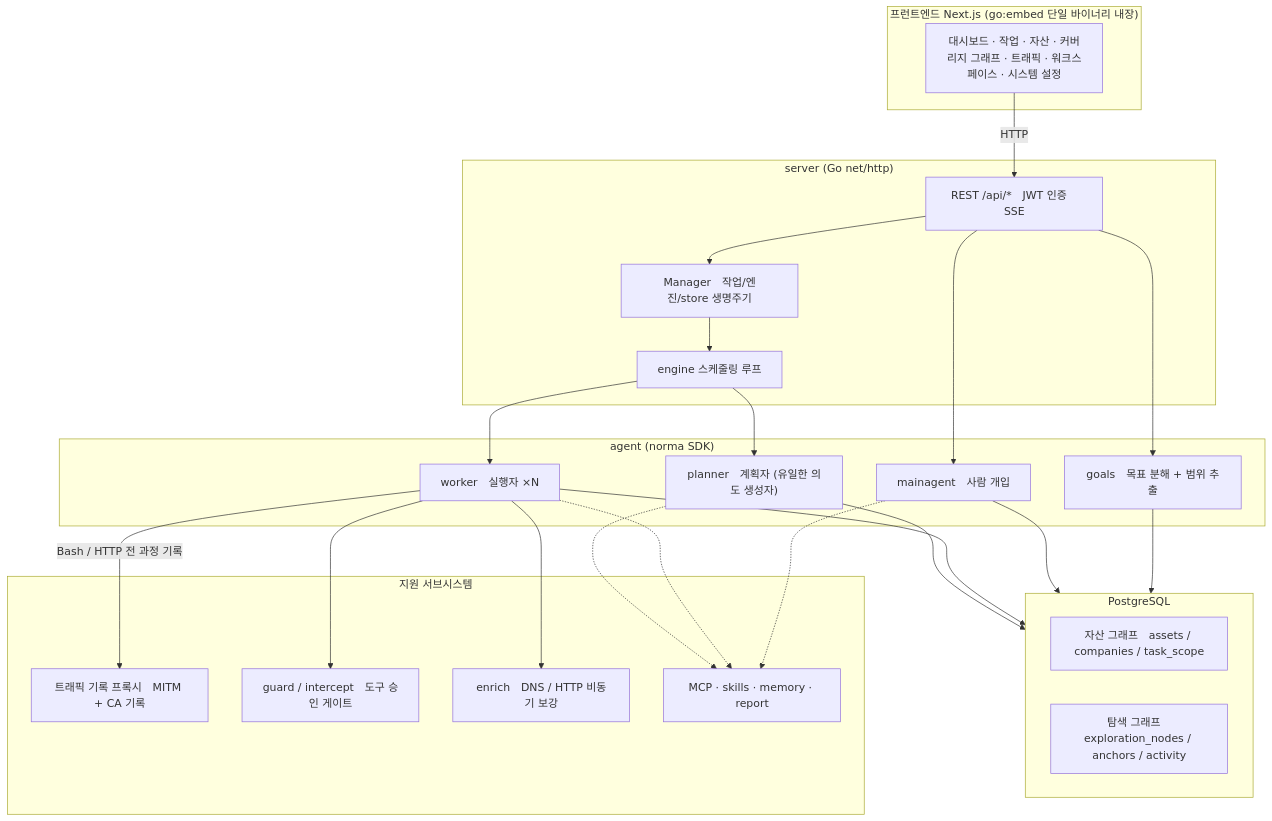
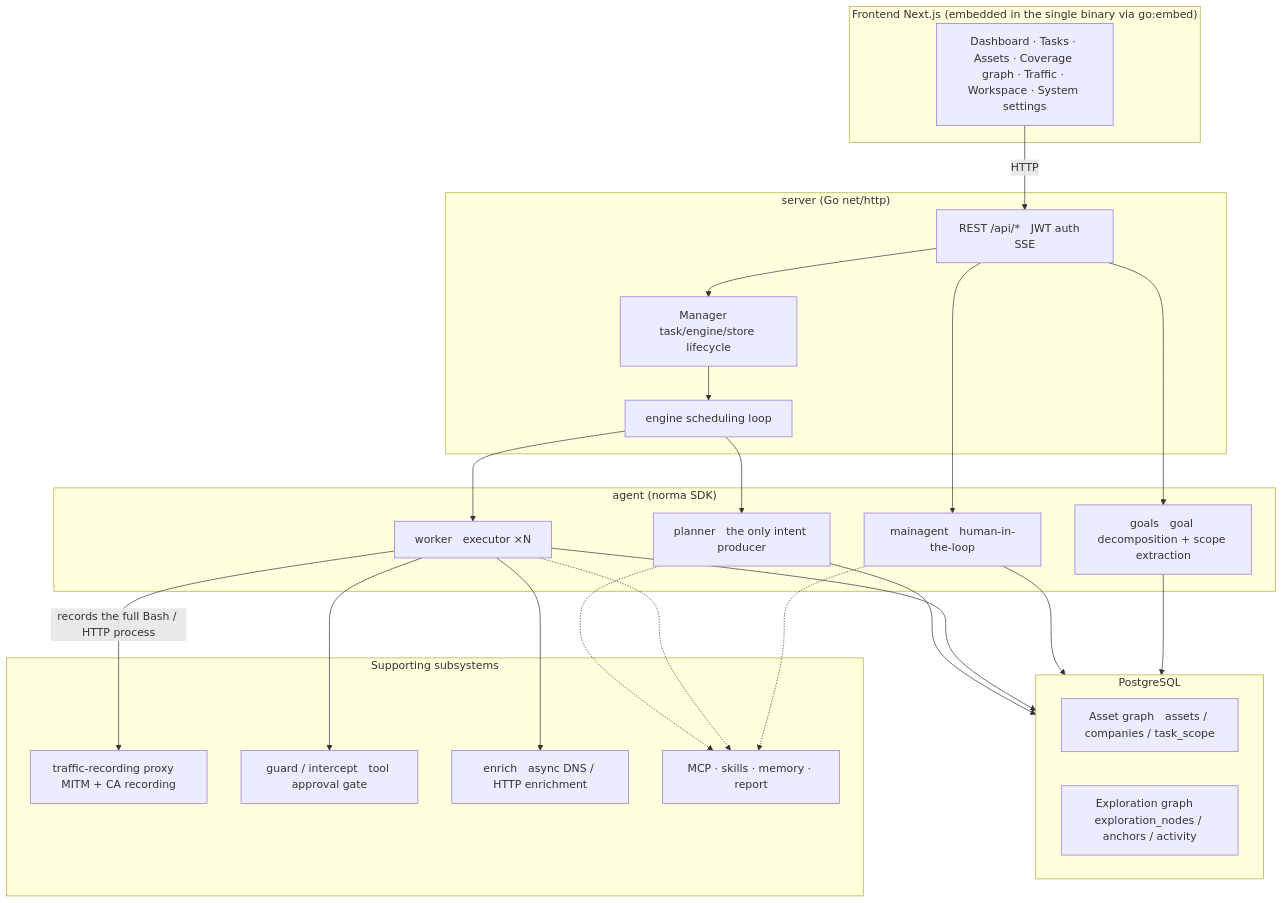
One commit to gh-agent3/artex-global changed the first of 5 diagrams in README.md. Above: the diagram before and after it, drawn with Mermaid. The commit also changed other lines of this file and 44 other files, not shown here.

````diff
--- a/README.md
+++ b/README.md
@@ -187,44 +181,44 @@
 ```mermaid
 flowchart TB
-  subgraph FE["프런트엔드 Next.js (go:embed 단일 바이너리 내장)"]
-    UI["대시보드 · 작업 · 자산 · 커버리지 그래프 · 트래픽 · 워크스페이스 · 시스템 설정"]
+  subgraph FE["Frontend Next.js (embedded in the single binary via go:embed)"]
+    UI["Dashboard · Tasks · Assets · Coverage graph · Traffic · Workspace · System settings"]
   end
   subgraph SRV["server (Go net/http)"]
-    API["REST /api/*　JWT 인증　SSE"]
-    ENG["engine 스케줄링 루프"]
-    MGR["Manager　작업/엔진/store 생명주기"]
+    API["REST /api/*　JWT auth　SSE"]
+    ENG["engine scheduling loop"]
+    MGR["Manager　task/engine/store lifecycle"]
   end
   subgraph AG["agent (norma SDK)"]
-    GO["goals　목표 분해 + 범위 추출"]
-    PL["planner　계획자 (유일한 의도 생성자)"]
-    WK["worker　실행자 ×N"]
-    MA["mainagent　사람 개입"]
+    GO["goals　goal decomposition + scope extraction"]
+    PL["planner　the only intent producer"]
+    WK["worker　executor ×N"]
+    MA["mainagent　human-in-the-loop"]
   end
   subgraph DB["PostgreSQL"]
-    AGRAPH["자산 그래프　assets / companies / task_scope"]
-    EGRAPH["탐색 그래프　exploration_nodes / anchors / activity"]
+    AGRAPH["Asset graph　assets / companies / task_scope"]
+    EGRAPH["Exploration graph　exploration_nodes / anchors / activity"]
   end
-  subgraph SUB["지원 서브시스템"]
-    PROXY["트래픽 기록 프록시　MITM + CA 기록"]
-    GUARD["guard / intercept　도구 승인 게이트"]
-    ENR["enrich　DNS / HTTP 비동기 보강"]
+  subgraph SUB["Supporting subsystems"]
+    PROXY["traffic-recording proxy　MITM + CA recording"]
+    GUARD["guard / intercept　tool approval gate"]
+    ENR["enrich　async DNS / HTTP enrichment"]
     EXT["MCP · skills · memory · report"]
   end
 
   UI -->|HTTP| API
   API --> MGR --> ENG
   ENG --> PL
   ENG --> WK
   API --> MA
   API --> GO
   PL --> DB
   WK --> DB
   MA --> DB
   GO --> DB
-  WK -->|"Bash / HTTP 전 과정 기록"| PROXY
+  WK -->|"records the full Bash / HTTP process"| PROXY
   WK --> GUARD
   WK --> ENR
   PL -.-> EXT
   WK -.-> EXT
   MA -.-> EXT
 ```
````
